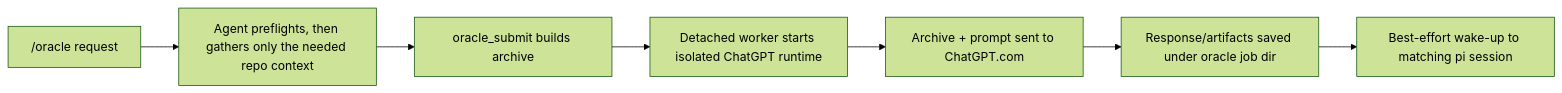
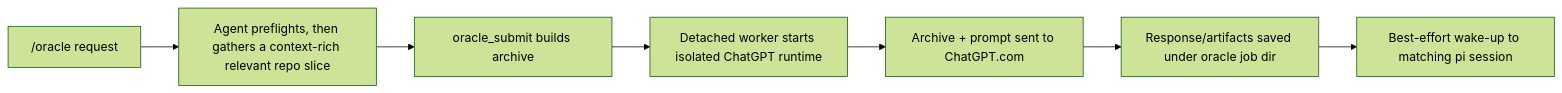
One commit to huynguyendinhquang/pi-oracle changed the diagram in README.md. Above: the diagram before and after it, drawn with Mermaid (forest theme). The commit also changed other lines of this file and 6 other files, not shown here.

Commit message:
Prefer context-rich oracle archives by default

````diff
--- a/README.md
+++ b/README.md
@@ -81,9 +81,9 @@
 ```mermaid
 flowchart LR
-    A["/oracle request"] --> B["Agent preflights, then gathers only the needed repo context"]
+    A["/oracle request"] --> B["Agent preflights, then gathers a context-rich relevant repo slice"]
     B --> C["oracle_submit builds archive"]
     C --> D["Detached worker starts isolated ChatGPT runtime"]
     D --> E["Archive + prompt sent to ChatGPT.com"]
     E --> F["Response/artifacts saved under oracle job dir"]
     F --> G["Best-effort wake-up to matching pi session"]
 ```
````
